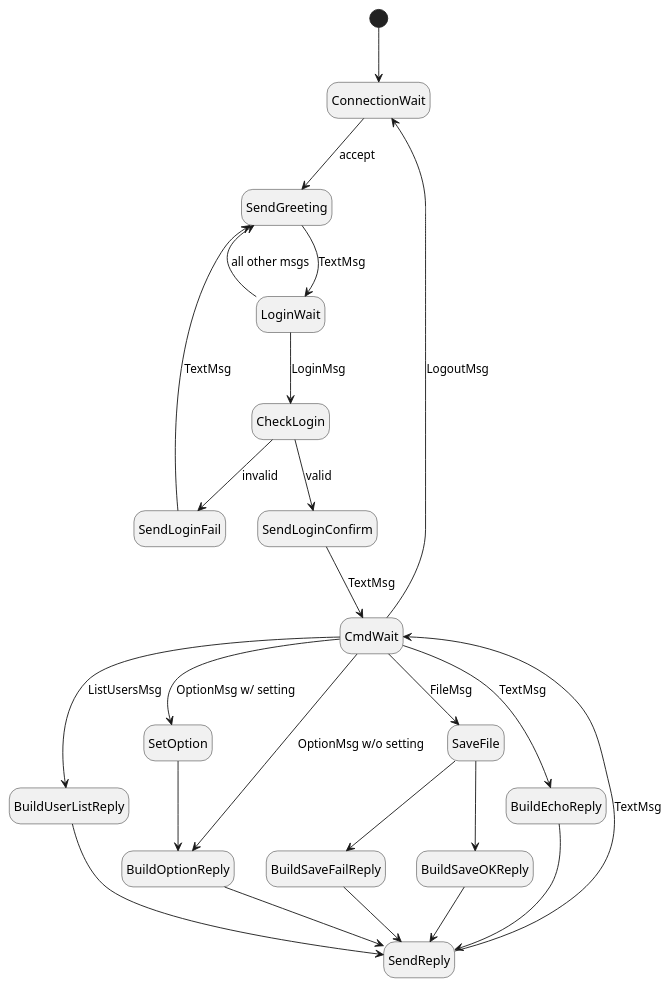
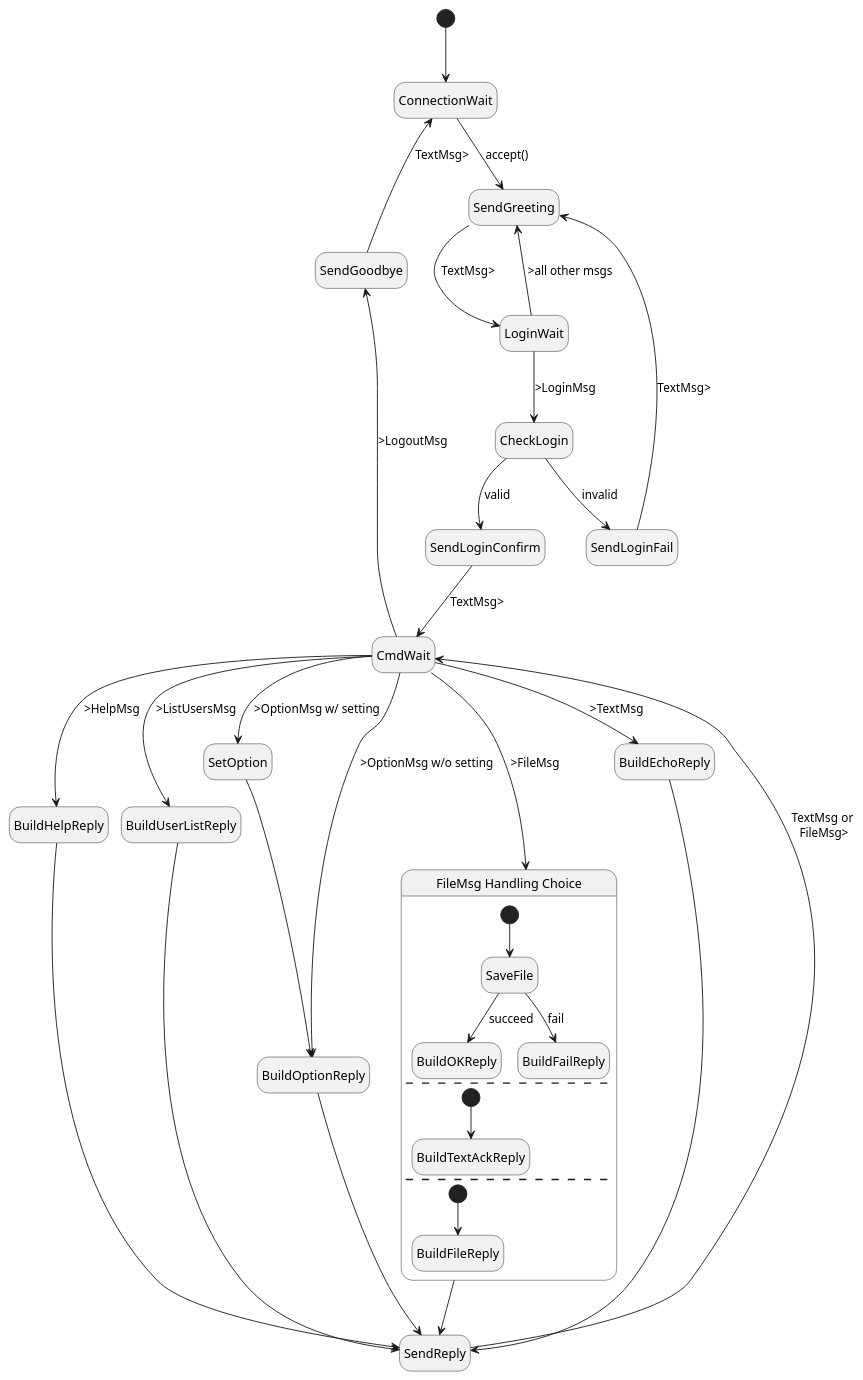
One commit to servusdei2018/clack changed the diagram in design/server_state.puml. Above: the diagram before and after it, drawn with PlantUML. The commit also changed 6 other files, not shown here.

```diff
--- a/design/server_state.puml
+++ b/design/server_state.puml
@@ -1,35 +1,55 @@
 @startuml
 'https://plantuml.com/state-diagram
 hide empty description
 'scale 350 width
 
 [*] --> ConnectionWait
-ConnectionWait --> SendGreeting : accept
-SendGreeting --> LoginWait : TextMsg
+ConnectionWait --> SendGreeting : accept()
+SendGreeting --> LoginWait : TextMsg>
 
-LoginWait --> CheckLogin : LoginMsg
-LoginWait --> SendGreeting : all other msgs
+LoginWait --> CheckLogin : >LoginMsg
+LoginWait --> SendGreeting : >all other msgs
+CheckLogin --> SendLoginConfirm : valid
+SendLoginConfirm --> CmdWait : TextMsg>
 CheckLogin --> SendLoginFail : invalid
-SendLoginFail --> SendGreeting : TextMsg
-CheckLogin --> SendLoginConfirm : valid
-SendLoginConfirm --> CmdWait : TextMsg
-CmdWait --> ConnectionWait : LogoutMsg
+SendLoginFail --> SendGreeting : TextMsg>
 
-CmdWait --> BuildUserListReply : ListUsersMsg
-CmdWait --> SetOption : OptionMsg w/ setting
-CmdWait --> BuildOptionReply : OptionMsg w/o setting
+CmdWait -up-> SendGoodbye : >LogoutMsg
+SendGoodbye -up-> ConnectionWait : TextMsg>
+
+CmdWait --> BuildHelpReply : >HelpMsg
+CmdWait --> BuildUserListReply : >ListUsersMsg
+CmdWait --> SetOption : >OptionMsg w/ setting
+CmdWait --> BuildOptionReply : >OptionMsg w/o setting
 SetOption --> BuildOptionReply
-CmdWait --> SaveFile : FileMsg
-SaveFile --> BuildSaveOKReply
-SaveFile --> BuildSaveFailReply
-CmdWait --> BuildEchoReply : TextMsg
 
+''''''''''
+'CmdWait --> SaveFile : >FileMsg
+'SaveFile --> BuildSaveOKReply
+'SaveFile --> BuildSaveFailReply
+'BuildSaveOKReply --> SendReply
+'BuildSaveFailReply --> SendReply
+CmdWait --> filedc : >FileMsg
+
+state "FileMsg Handling Choice" as filedc {
+    [*] --> SaveFile
+    SaveFile --> BuildOKReply : succeed
+    SaveFile --> BuildFailReply : fail
+    --
+    [*] --> BuildTextAckReply
+    --
+    [*] --> BuildFileReply
+}
+filedc --> SendReply
+
+
+''''''''''
+CmdWait --> BuildEchoReply : >TextMsg
+BuildHelpReply --> SendReply
 BuildUserListReply --> SendReply
 BuildOptionReply --> SendReply
-BuildSaveOKReply --> SendReply
-BuildSaveFailReply --> SendReply
 BuildEchoReply --> SendReply
 
-SendReply --> CmdWait : TextMsg
+SendReply --> CmdWait : TextMsg or\n FileMsg>
 
 @enduml
```
